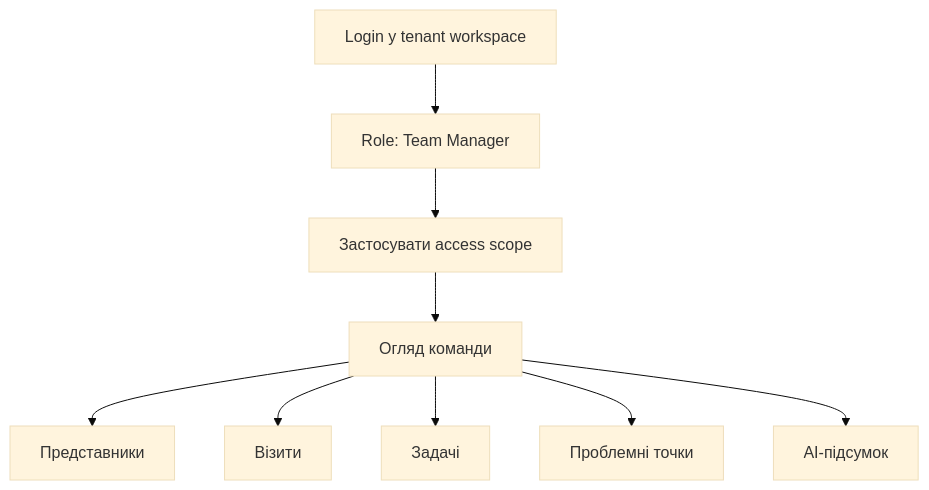
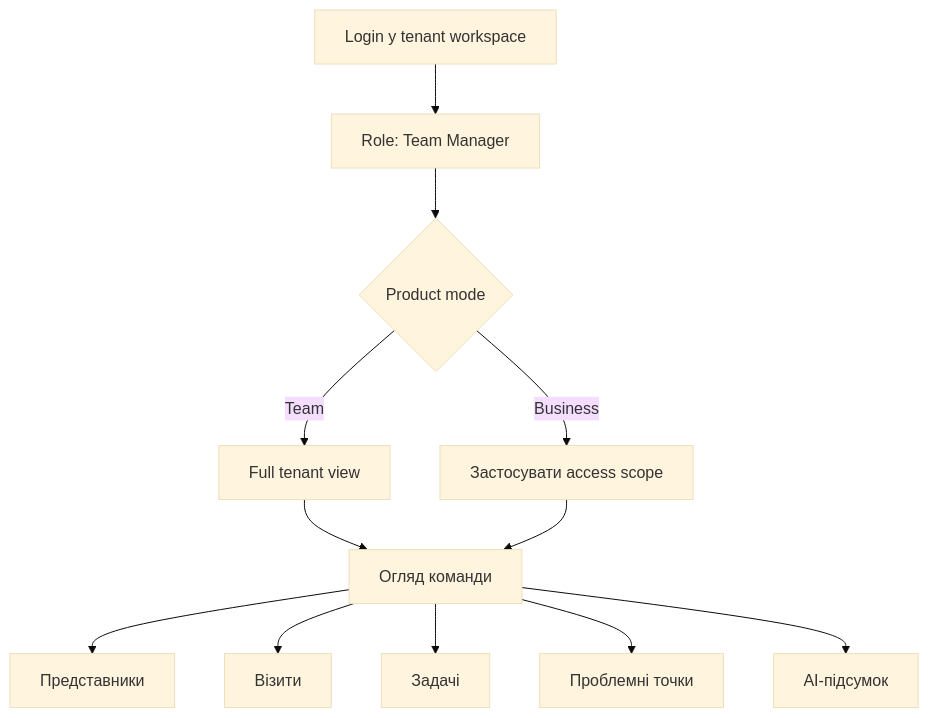
Before and after one commit to IhorKiy/VIZITUM: the fifth of 7 diagrams in docs/vizitum-user-flows-horizontal-partition.md, drawn with Mermaid (base theme). The commit also changed other lines of this file, not shown here.

Commit message:
Clarify Team and Business product modes

````diff
--- a/docs/vizitum-user-flows-horizontal-partition.md
+++ b/docs/vizitum-user-flows-horizontal-partition.md
@@ -618,11 +654,14 @@
 ```mermaid
 flowchart TD
   Login["Login у tenant workspace"] --> Role["Role: Team Manager"]
-  Role --> Scope["Застосувати access scope"]
-  Scope --> Dashboard["Огляд команди"]
+  Role --> Mode{"Product mode"}
+  Mode -- Team --> FullView["Full tenant view"]
+  Mode -- Business --> Scope["Застосувати access scope"]
+  FullView --> Dashboard["Огляд команди"]
+  Scope --> Dashboard
   Dashboard --> Reps["Представники"]
   Dashboard --> Visits["Візити"]
   Dashboard --> Tasks["Задачі"]
   Dashboard --> Locations["Проблемні точки"]
   Dashboard --> AI["AI-підсумок"]
 ```
````
